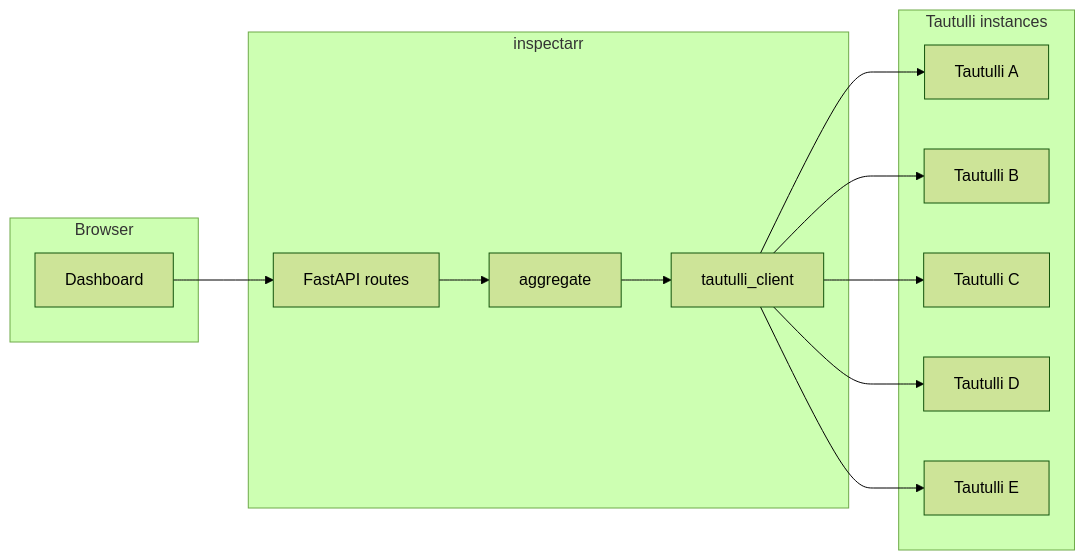
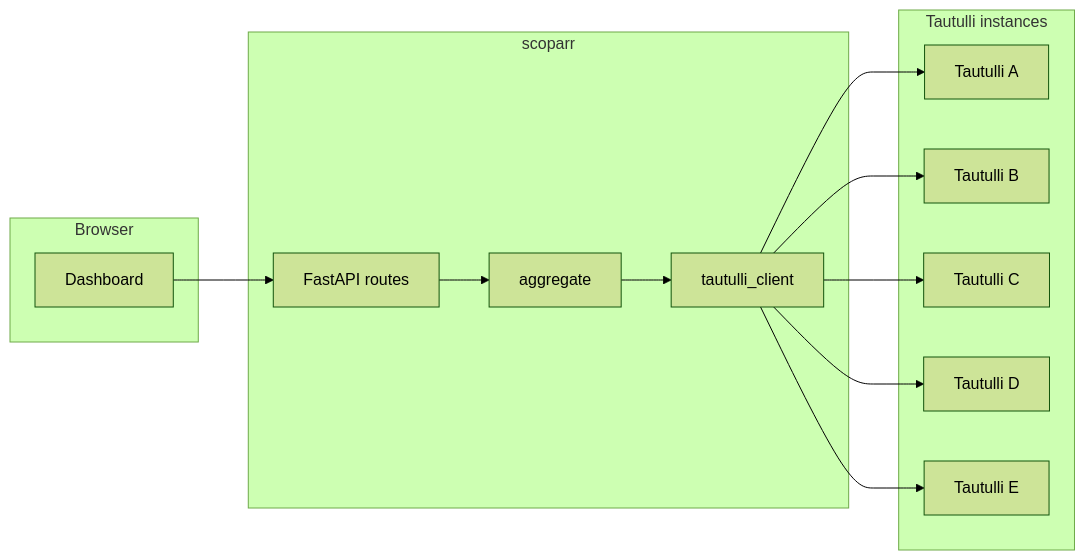
One commit to HackshackLabs/Inspectarr changed the diagram in docs/ARCHITECTURE.md. Above: the diagram before and after it, drawn with Mermaid (forest theme). The commit also changed other lines of this file and 65 other files, not shown here.

````diff
--- a/docs/ARCHITECTURE.md
+++ b/docs/ARCHITECTURE.md
@@ -48,26 +47,26 @@
 ```mermaid
 flowchart LR
   subgraph browser [Browser]
     UI[Dashboard]
   end
-  subgraph app [inspectarr]
+  subgraph app [scoparr]
     API[FastAPI routes]
     Agg[aggregate]
     Client[tautulli_client]
   end
   subgraph remote [Tautulli instances]
     T1[Tautulli A]
     T2[Tautulli B]
     T3[Tautulli C]
     T4[Tautulli D]
     T5[Tautulli E]
   end
   UI --> API
   API --> Agg
   Agg --> Client
   Client --> T1
   Client --> T2
   Client --> T3
   Client --> T4
   Client --> T5
 ```
````
